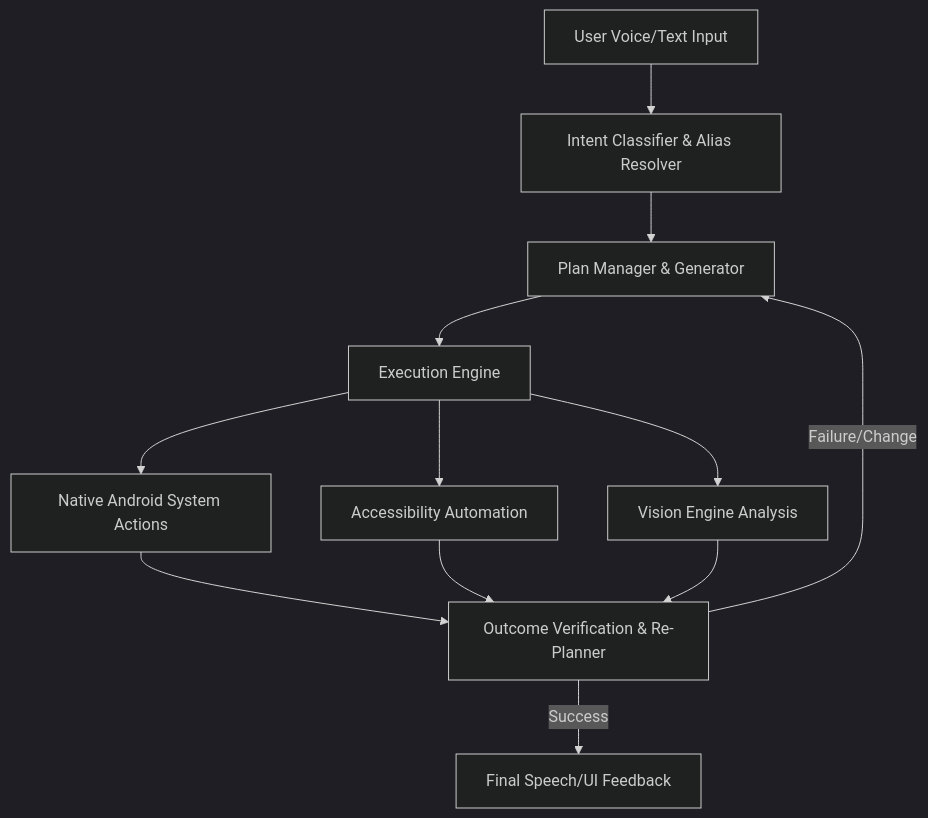
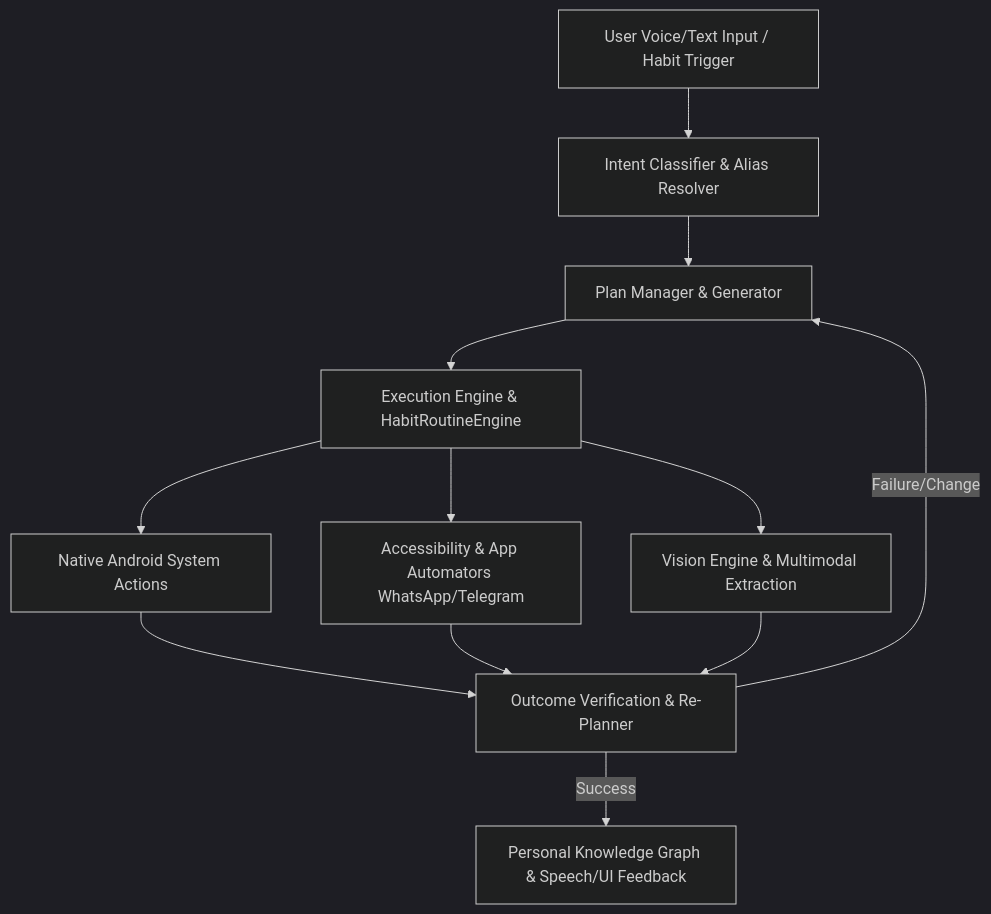
The diagram in docs/prd.md (JMAN730/opendroid), drawn with Mermaid (dark theme) before and after one commit. The commit also changed other lines of this file and 5 other files, not shown here.

First line of the commit message:
docs: update PRD, TRD, architecture, usage, and README with v1.0.6 features

````diff
--- a/docs/prd.md
+++ b/docs/prd.md
@@ -33,12 +34,12 @@
 ```mermaid
 graph TD
-    A[User Voice/Text Input] --> B[Intent Classifier & Alias Resolver]
+    A[User Voice/Text Input / Habit Trigger] --> B[Intent Classifier & Alias Resolver]
     B --> C[Plan Manager & Generator]
-    C --> D[Execution Engine]
+    C --> D[Execution Engine & HabitRoutineEngine]
     D --> E[Native Android System Actions]
-    D --> F[Accessibility Automation]
-    D --> G[Vision Engine Analysis]
+    D --> F[Accessibility & App Automators WhatsApp/Telegram]
+    D --> G[Vision Engine & Multimodal Extraction]
     E & F & G --> H[Outcome Verification & Re-Planner]
-    H -- Success --> I[Final Speech/UI Feedback]
+    H -- Success --> I[Personal Knowledge Graph & Speech/UI Feedback]
     H -- Failure/Change --> C
 ```
````
